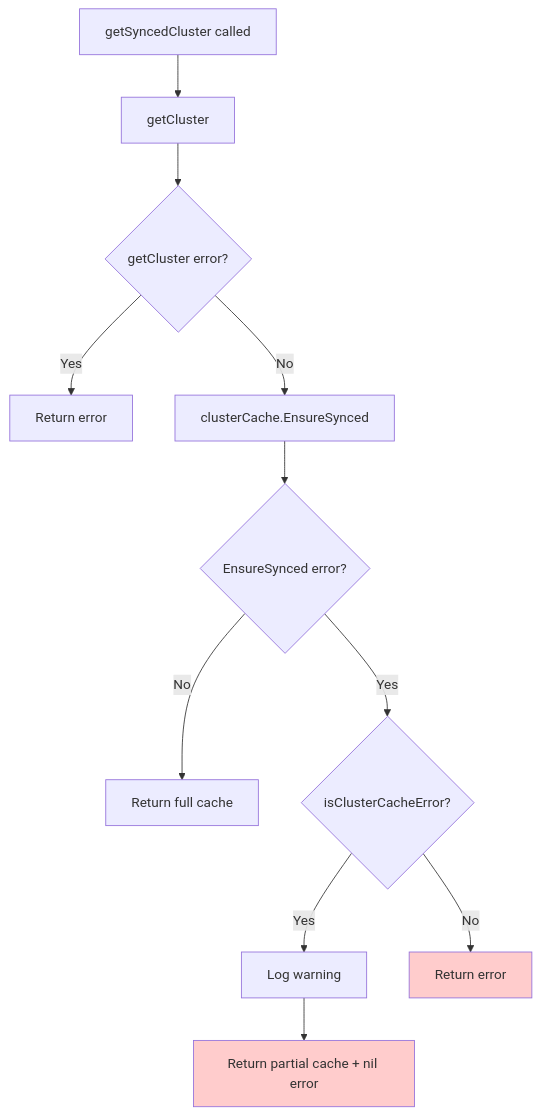
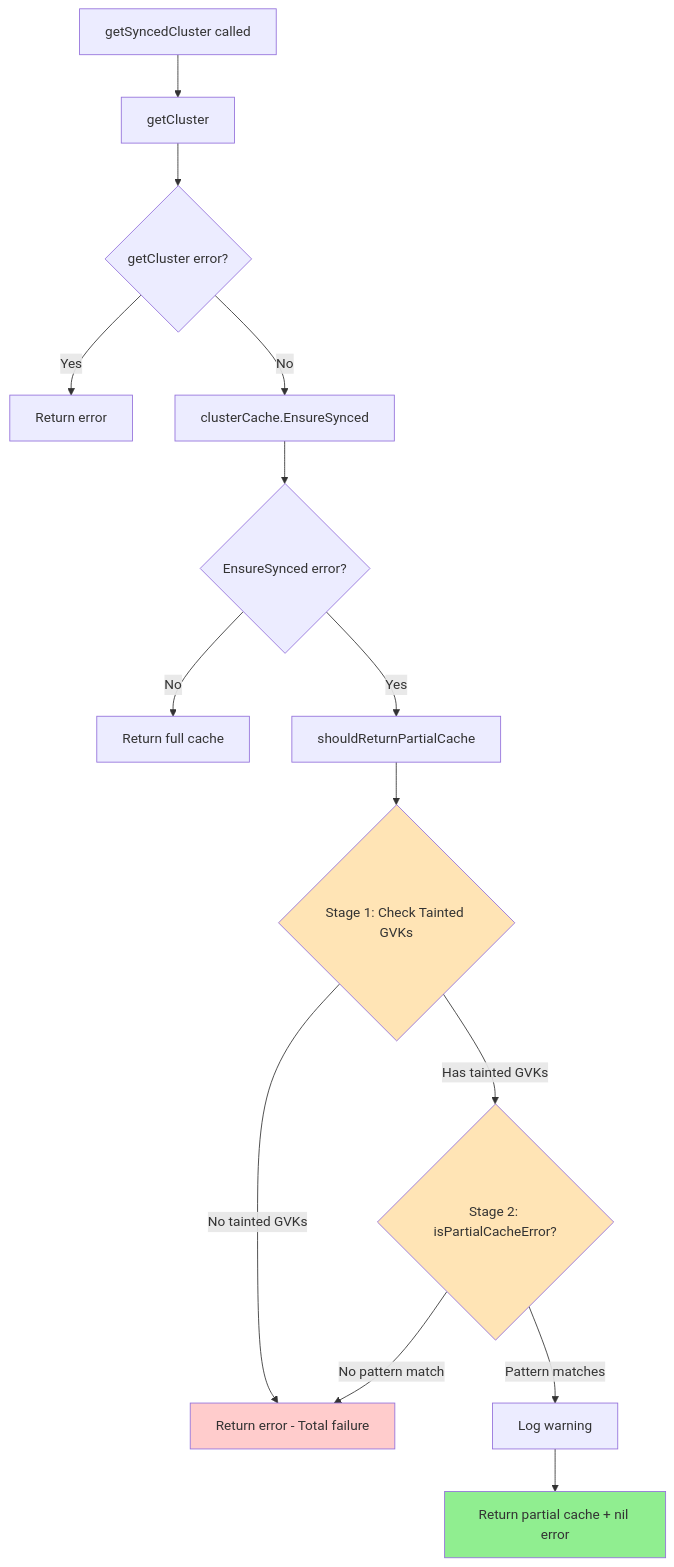
Before and after one commit to argoproj/argo-cd: the first of 2 diagrams in docs/getsyncedcluster-error-handling-architecture.md, drawn with Mermaid. The commit also changed other lines of this file and 12 other files, not shown here.

````diff
--- a/docs/getsyncedcluster-error-handling-architecture.md
+++ b/docs/getsyncedcluster-error-handling-architecture.md
@@ -11,16 +13,23 @@
 ```mermaid
 flowchart TD
     A[getSyncedCluster called] --> B[getCluster]
     B --> C{getCluster error?}
     C -->|Yes| D[Return error]
     C -->|No| E[clusterCache.EnsureSynced]
     E --> F{EnsureSynced error?}
     F -->|No| G[Return full cache]
-    F -->|Yes| H{isClusterCacheError?}
-    H -->|Yes| I[Log warning]
-    I --> J[Return partial cache + nil error]
-    H -->|No| K[Return error]
+    F -->|Yes| H[shouldReturnPartialCache]
     
-    style J fill:#ffcccc
-    style K fill:#ffcccc
+    H --> I{Stage 1: Check Tainted GVKs}
+    I -->|No tainted GVKs| M[Return error - Total failure]
+    I -->|Has tainted GVKs| J{Stage 2: isPartialCacheError?}
+    
+    J -->|Pattern matches| K[Log warning]
+    K --> L[Return partial cache + nil error]
+    J -->|No pattern match| M
+    
+    style L fill:#90EE90
+    style M fill:#ffcccc
+    style I fill:#FFE4B5
+    style J fill:#FFE4B5
 ```
````
